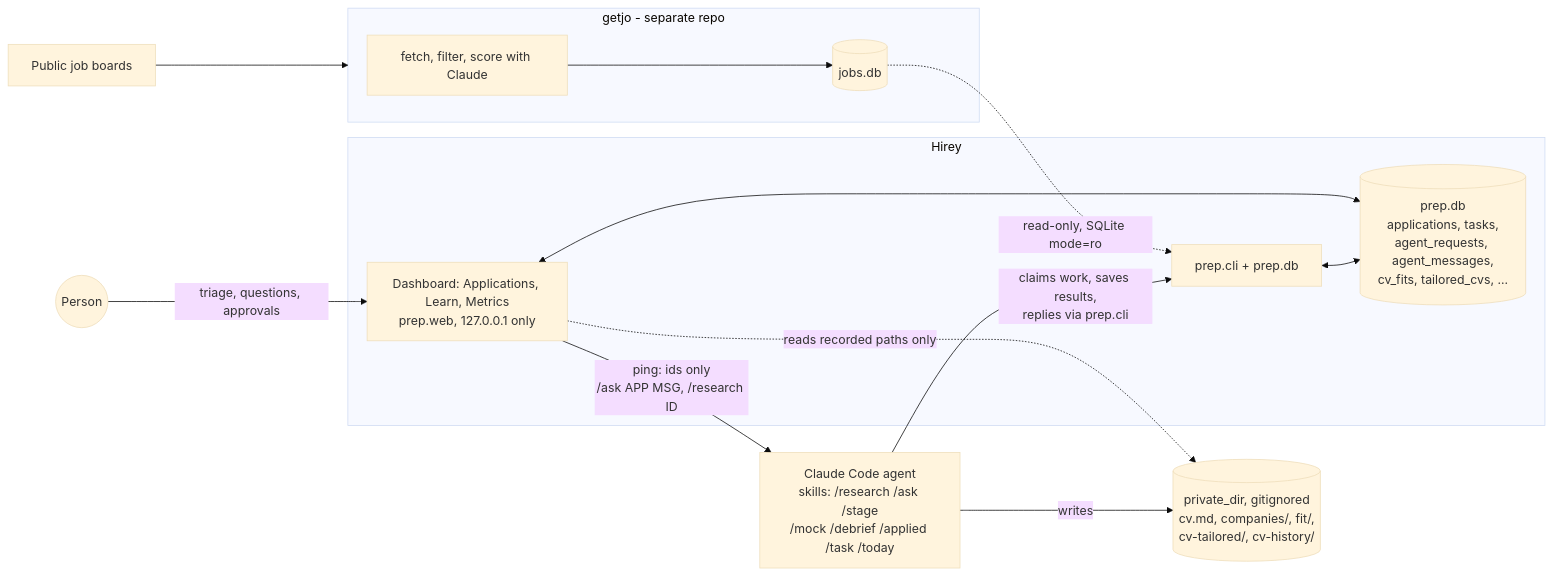
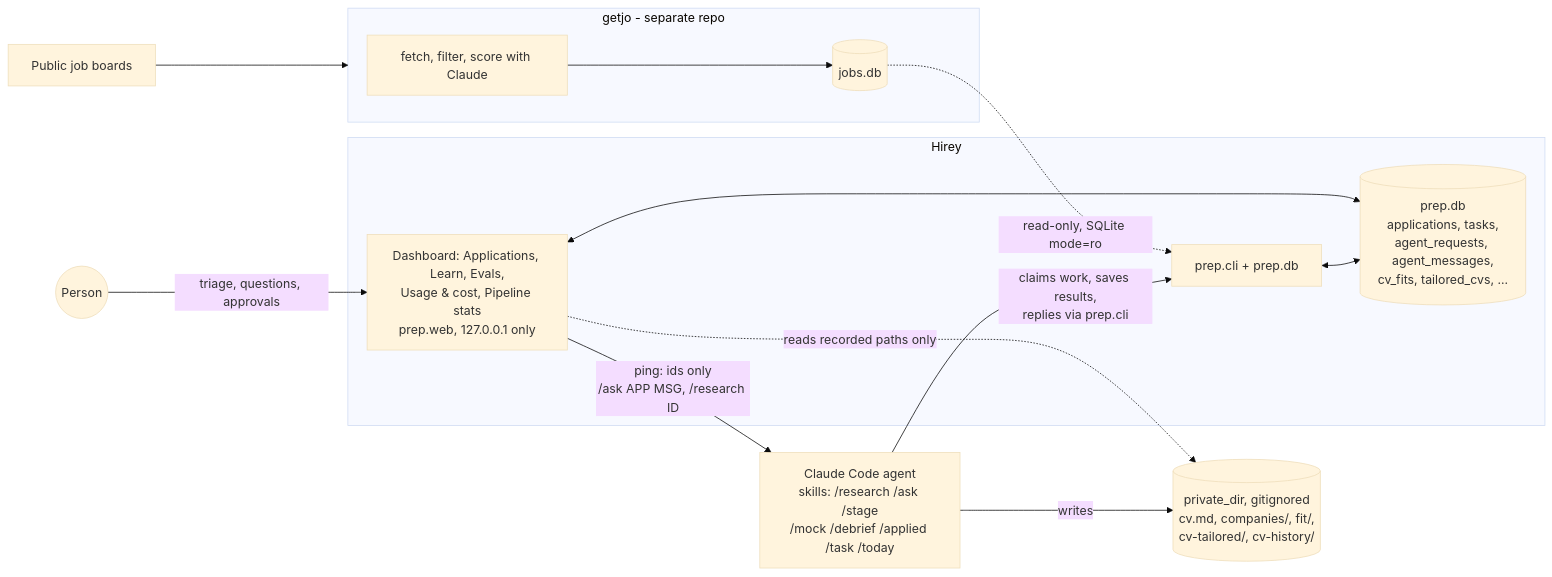
Before and after one commit to Pavlana/hirey: the diagram in README.md, drawn with Mermaid (base theme). The commit also changed other lines of this file and 26 other files, not shown here.

First line of the commit message:
Split Metrics into Usage & cost and Pipeline stats pages (#51)

````diff
--- a/README.md
+++ b/README.md
@@ -90,19 +91,19 @@
 ```mermaid
 flowchart LR
     boards[Public job boards] --> getjo
     subgraph getjo [getjo - separate repo]
         score[fetch, filter, score with Claude] --> jobs[(jobs.db)]
     end
     jobs -. read-only, SQLite mode=ro .-> core
 
     subgraph hirey [Hirey]
-        web[Dashboard: Applications, Learn, Metrics<br/>prep.web, 127.0.0.1 only] <--> db[(prep.db<br/>applications, tasks,<br/>agent_requests, agent_messages,<br/>cv_fits, tailored_cvs, ...)]
+        web[Dashboard: Applications, Learn, Evals,<br/>Usage & cost, Pipeline stats<br/>prep.web, 127.0.0.1 only] <--> db[(prep.db<br/>applications, tasks,<br/>agent_requests, agent_messages,<br/>cv_fits, tailored_cvs, ...)]
         core[prep.cli + prep.db] <--> db
     end
 
     user((Person)) -- triage, questions, approvals --> web
     web -- "ping: ids only<br/>/ask APP MSG, /research ID" --> agent
     agent[Claude Code agent<br/>skills: /research /ask /stage<br/>/mock /debrief /applied /task /today] -- "claims work, saves results,<br/>replies via prep.cli" --> core
     agent -- writes --> private[(private_dir, gitignored<br/>cv.md, companies/, fit/,<br/>cv-tailored/, cv-history/)]
     web -. reads recorded paths only .-> private
 ```
````
